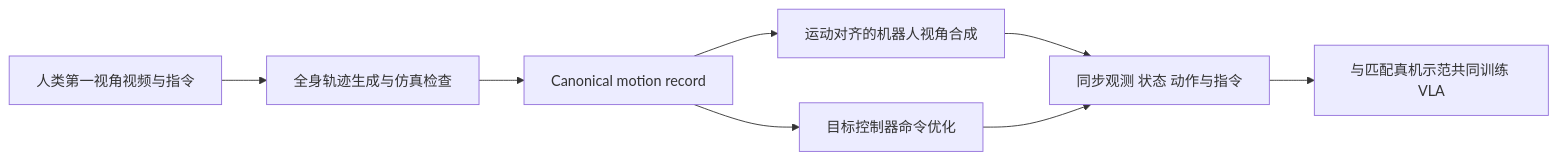
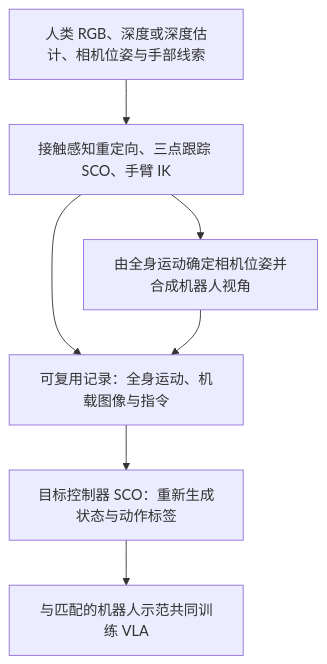
One commit to ImChong/Robotics_Notebooks changed the first of 2 diagrams in wiki/entities/paper-koda-egocentric-vla.md. Above: the diagram before and after it, drawn with Mermaid. The commit also changed other lines of this file and 4 other files, not shown here.

````diff
--- a/wiki/entities/paper-koda-egocentric-vla.md
+++ b/wiki/entities/paper-koda-egocentric-vla.md
@@ -50,10 +62,9 @@
 ```mermaid
-flowchart LR
-  human[人类第一视角视频与指令] --> motion[全身轨迹生成与仿真检查]
-  motion --> canonical[Canonical motion record]
-  canonical --> robotview[运动对齐的机器人视角合成]
-  canonical --> adapt[目标控制器命令优化]
-  robotview --> pack[同步观测 状态 动作与指令]
-  adapt --> pack
-  pack --> train[与匹配真机示范共同训练 VLA]
+flowchart TD
+  human["人类 RGB、深度或深度估计、相机位姿与手部线索"] --> motion["接触感知重定向、三点跟踪 SCO、手臂 IK"]
+  motion --> view["由全身运动确定相机位姿并合成机器人视角"]
+  motion --> record["可复用记录：全身运动、机载图像与指令"]
+  view --> record
+  record --> adapt["目标控制器 SCO：重新生成状态与动作标签"]
+  adapt --> train["与匹配的机器人示范共同训练 VLA"]
 ```
````
